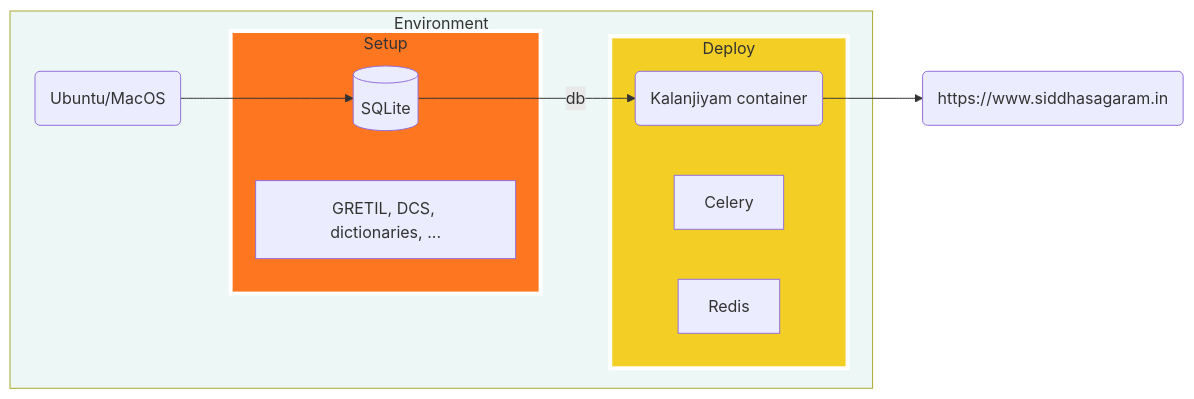
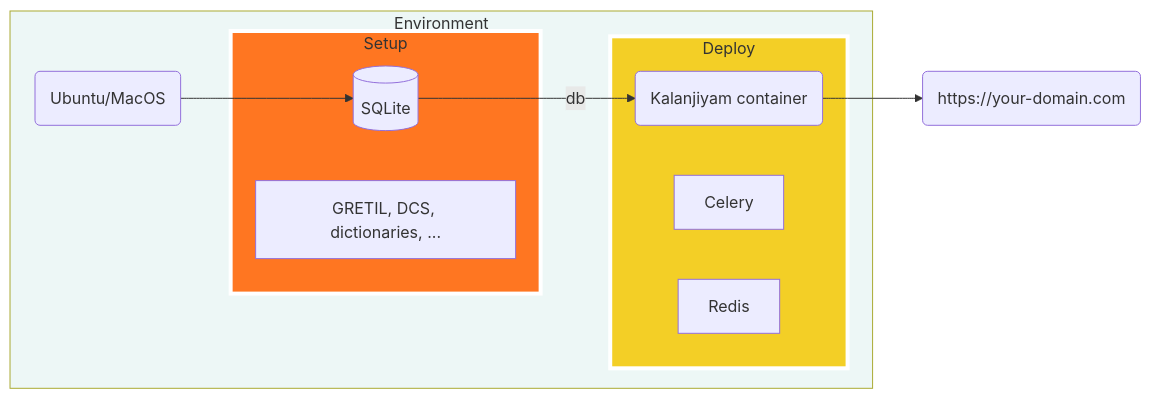
Before and after one commit to Thogai-labs/kalanjiyam: the first of 2 diagrams in deploy/README.md, drawn with Mermaid. The commit also changed 41 other files, not shown here.

````diff
--- a/deploy/README.md
+++ b/deploy/README.md
@@ -17,24 +17,24 @@
 ```mermaid
 graph LR
 
     subgraph Environment
     os(Ubuntu/MacOS) 
     os --> db
     db -->|db| kalanjiyam   
     
     subgraph Setup
     db[("SQLite")]
     texts[GRETIL, DCS, dictionaries, ...]
     end
     style Setup fill:#ff7621,stroke:#fff,stroke-width:4px
 
     
     subgraph Deploy
     kalanjiyam(Kalanjiyam container) & celerey[Celery] & redis[Redis]
     end 
     style Deploy fill:#f3cf26, stroke:#fff, stroke-width:4px
     end
     style Environment fill:#edf7f6
 
-    kalanjiyam --> browser(https://www.siddhasagaram.in)
+    kalanjiyam --> browser(https://your-domain.com)
 ```
````
